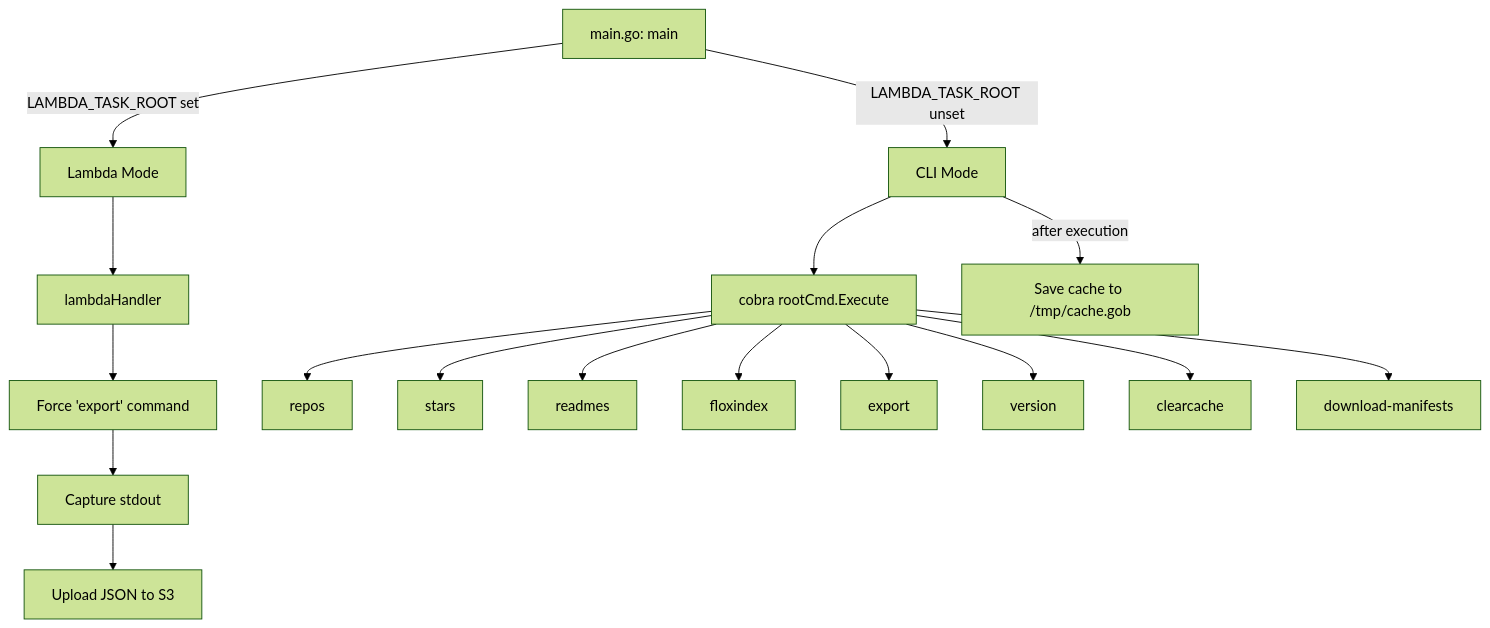
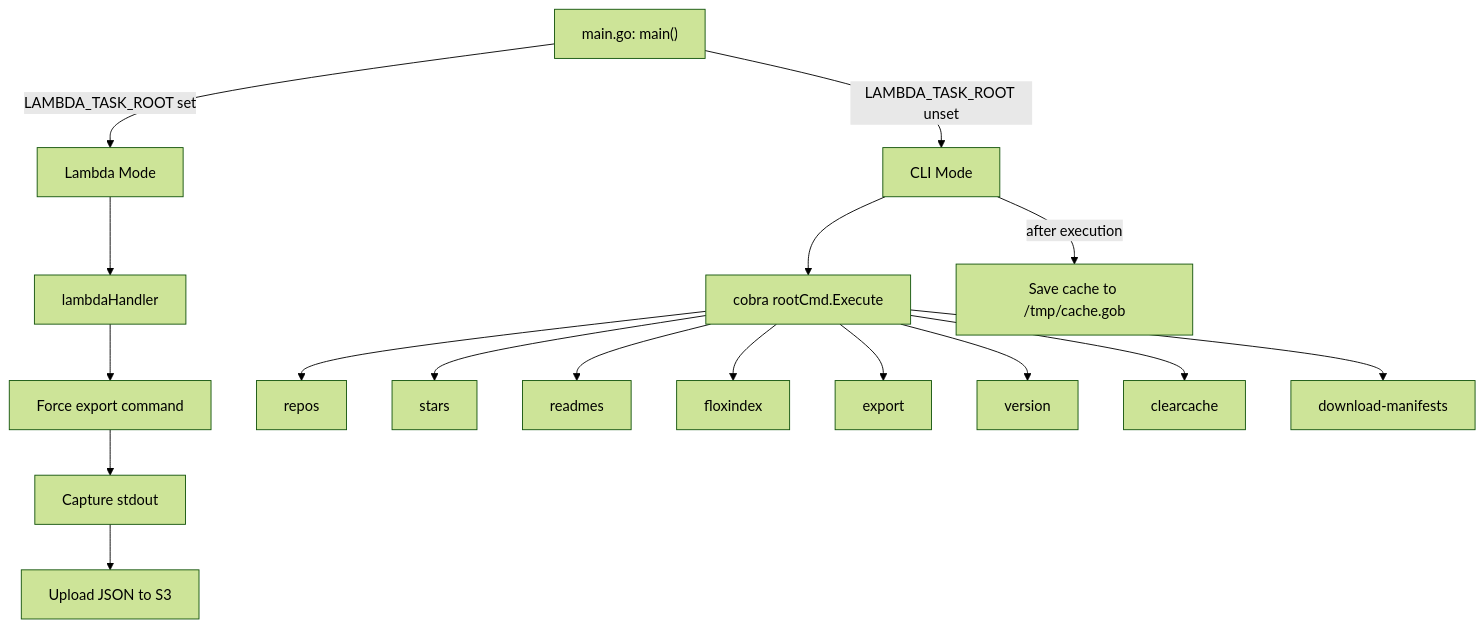
Before and after one commit to stahnma/gh-flox: the first of 12 diagrams in README.md, drawn with Mermaid (forest theme). The commit also changed other lines of this file, not shown here.

First line of the commit message:
Fix Mermaid diagram syntax for GitHub rendering

````diff
--- a/README.md
+++ b/README.md
@@ -64,22 +64,22 @@
 ```mermaid
 graph TD
-    A[main.go: main] -->|LAMBDA_TASK_ROOT set| B[Lambda Mode]
+    A["main.go: main()"] -->|LAMBDA_TASK_ROOT set| B[Lambda Mode]
     A -->|LAMBDA_TASK_ROOT unset| C[CLI Mode]
 
     B --> B1[lambdaHandler]
-    B1 --> B2[Force 'export' command]
+    B1 --> B2["Force export command"]
     B2 --> B3[Capture stdout]
     B3 --> B4[Upload JSON to S3]
 
     C --> D[cobra rootCmd.Execute]
     D --> E1[repos]
     D --> E2[stars]
     D --> E3[readmes]
     D --> E4[floxindex]
     D --> E5[export]
     D --> E6[version]
     D --> E7[clearcache]
     D --> E8[download-manifests]
 
     C -->|after execution| F[Save cache to /tmp/cache.gob]
 ```
````
